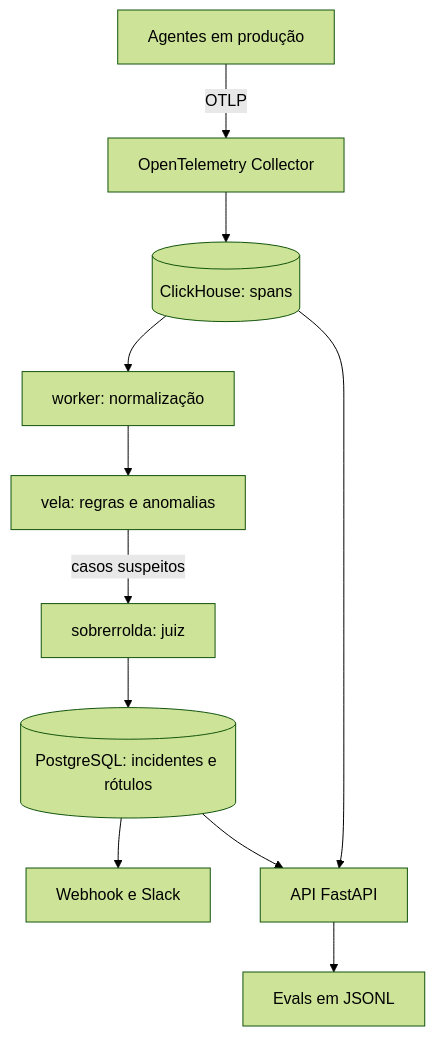
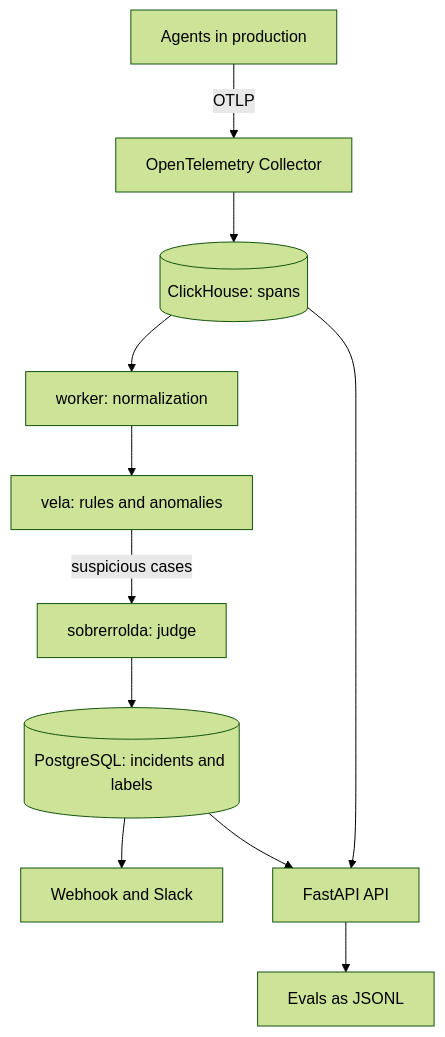
Before and after one commit to eudesgccunha/rolda: the diagram in docs/SPEC.md, drawn with Mermaid (forest theme). The commit also changed other lines of this file and 13 other files, not shown here.

````diff
--- a/docs/SPEC.md
+++ b/docs/SPEC.md
@@ -26,13 +30,13 @@
 ```mermaid
 flowchart TD
-    A[Agentes em produção] -->|OTLP| C[OpenTelemetry Collector]
+    A[Agents in production] -->|OTLP| C[OpenTelemetry Collector]
     C --> CH[(ClickHouse: spans)]
-    CH --> W[worker: normalização]
-    W --> V[vela: regras e anomalias]
-    V -->|casos suspeitos| J[sobrerrolda: juiz]
-    J --> PG[(PostgreSQL: incidentes e rótulos)]
-    PG --> N[Webhook e Slack]
-    PG --> API[API FastAPI]
+    CH --> W[worker: normalization]
+    W --> V[vela: rules and anomalies]
+    V -->|suspicious cases| J[sobrerrolda: judge]
+    J --> PG[(PostgreSQL: incidents and labels)]
+    PG --> N[Webhook and Slack]
+    PG --> API[FastAPI API]
     CH --> API
-    API --> E[Evals em JSONL]
+    API --> E[Evals as JSONL]
 ```
````
